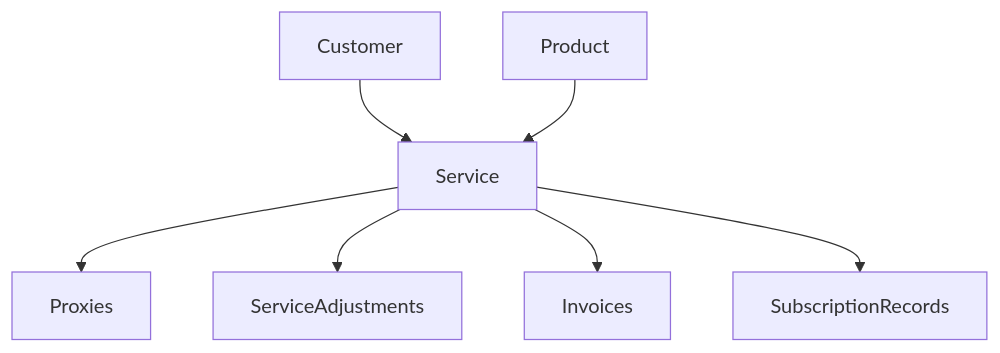
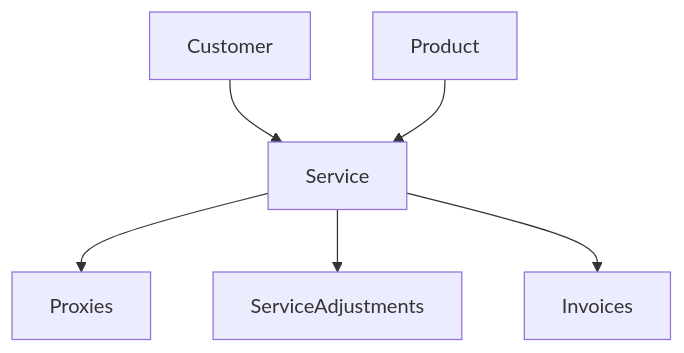
The diagram in api-objects/service.mdx (pingproxies/ping-proxies-public-api-docs), drawn with Mermaid before and after one commit.

````diff
--- a/api-objects/service.mdx
+++ b/api-objects/service.mdx
@@ -51,9 +51,8 @@
 ```mermaid
 graph TD
     Customer --> Service
     Service --> Proxies
     Service --> ServiceAdjustments
     Service --> Invoices
-    Service --> SubscriptionRecords
     Product --> Service
 ```
````
